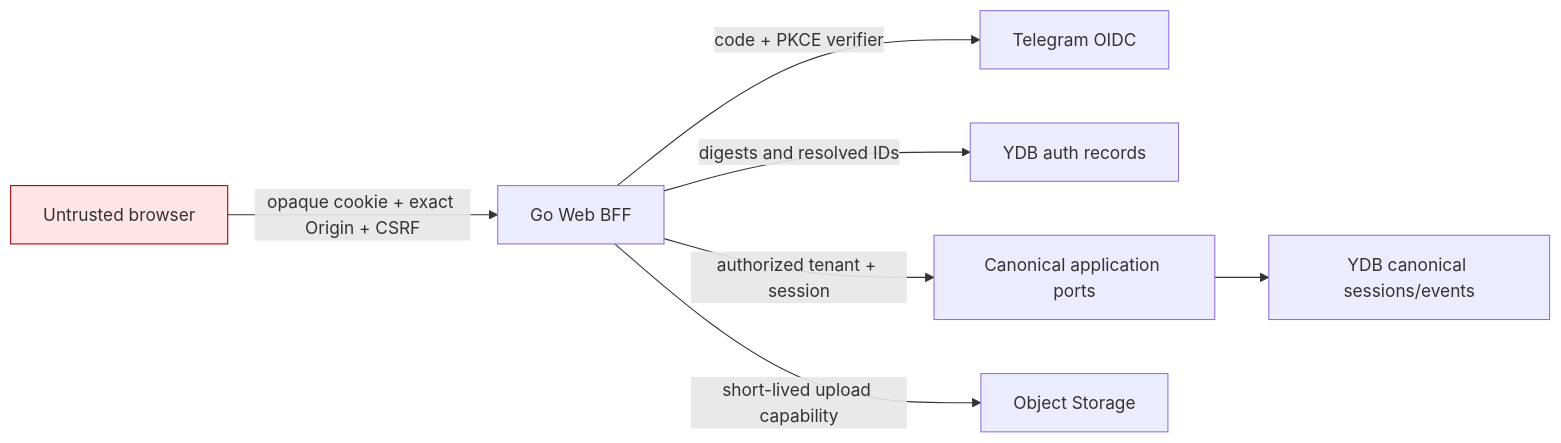
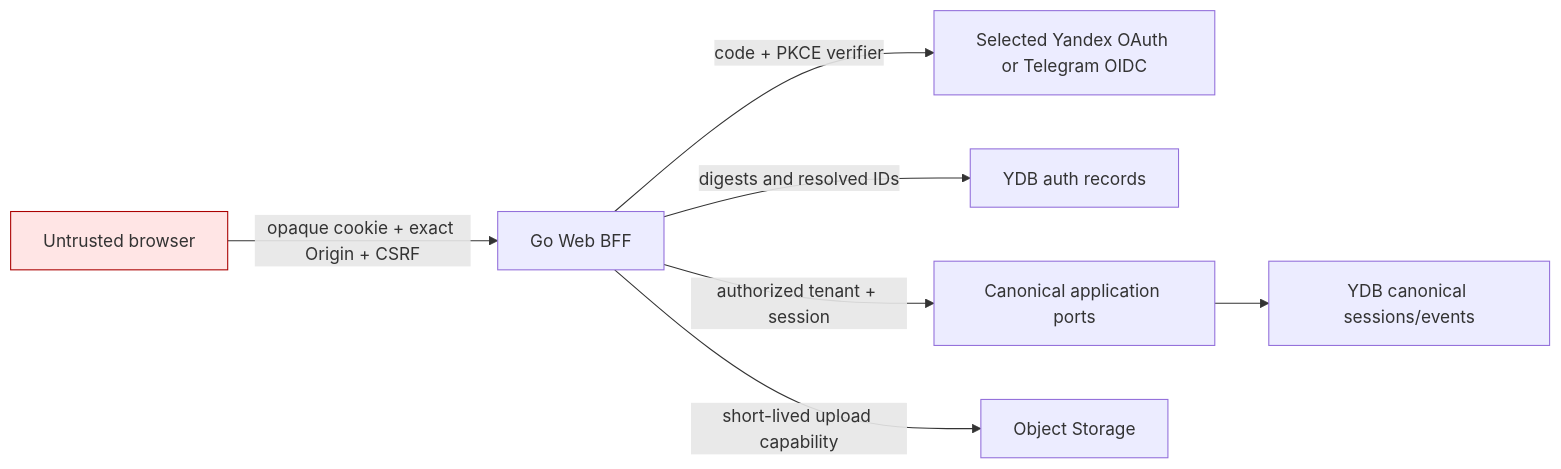
Before and after one commit to urandon/sessionless: the first of 2 diagrams in docs/web-auth-contracts.md, drawn with Mermaid. The commit also changed other lines of this file and 3 other files, not shown here.

````diff
--- a/docs/web-auth-contracts.md
+++ b/docs/web-auth-contracts.md
@@ -13,12 +16,12 @@
 ```mermaid
 flowchart LR
     Browser["Untrusted browser"] -->|"opaque cookie + exact Origin + CSRF"| BFF["Go Web BFF"]
-    BFF -->|"code + PKCE verifier"| OIDC["Telegram OIDC"]
+    BFF -->|"code + PKCE verifier"| OIDC["Selected Yandex OAuth or Telegram OIDC"]
     BFF -->|"digests and resolved IDs"| Auth["YDB auth records"]
     BFF -->|"authorized tenant + session"| Core["Canonical application ports"]
     BFF -->|"short-lived upload capability"| Storage["Object Storage"]
     Core --> YDB["YDB canonical sessions/events"]
 
     classDef untrusted fill:#ffe5e5,stroke:#a00;
     class Browser untrusted;
 ```
````
